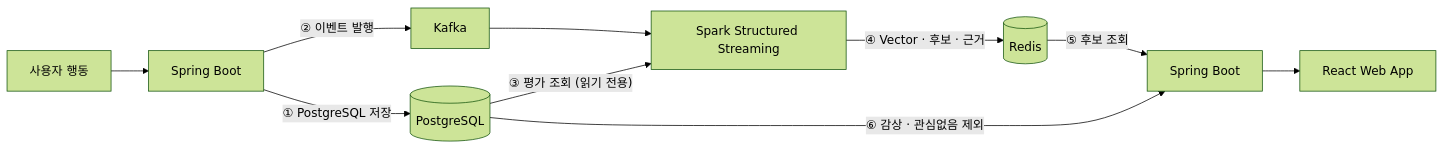
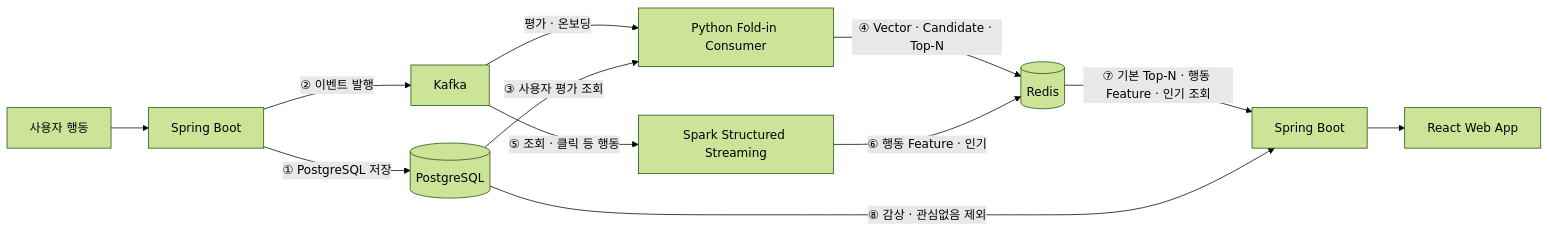
Before and after one commit to koongya-studio/feelm: the diagram in docs/api/streaming-contract.md, drawn with Mermaid (forest theme). The commit also changed other lines of this file and 13 other files, not shown here.

````diff
--- a/docs/api/streaming-contract.md
+++ b/docs/api/streaming-contract.md
@@ -14,12 +14,14 @@
 ```mermaid
 flowchart LR
     U["사용자 행동"] --> BE1["Spring Boot"]
     BE1 -->|"① PostgreSQL 저장"| PG[("PostgreSQL")]
     BE1 -->|"② 이벤트 발행"| KF["Kafka"]
-    KF --> SS["Spark Structured Streaming"]
-    PG -->|"③ 평가 조회 (읽기 전용)"| SS
-    SS -->|"④ Vector · 후보 · 근거"| RD[("Redis")]
-    RD -->|"⑤ 후보 조회"| BE2["Spring Boot"]
-    PG -->|"⑥ 감상 · 관심없음 제외"| BE2
+    KF -->|"평가 · 온보딩"| PC["Python Fold-in Consumer"]
+    PG -->|"③ 사용자 평가 조회"| PC
+    PC -->|"④ Vector · Candidate · Top-N"| RD[("Redis")]
+    KF -->|"⑤ 조회 · 클릭 등 행동"| SS["Spark Structured Streaming"]
+    SS -->|"⑥ 행동 Feature · 인기"| RD
+    RD -->|"⑦ 기본 Top-N · 행동 Feature · 인기 조회"| BE2["Spring Boot"]
+    PG -->|"⑧ 감상 · 관심없음 제외"| BE2
     BE2 --> FE["React Web App"]
 ```
````
